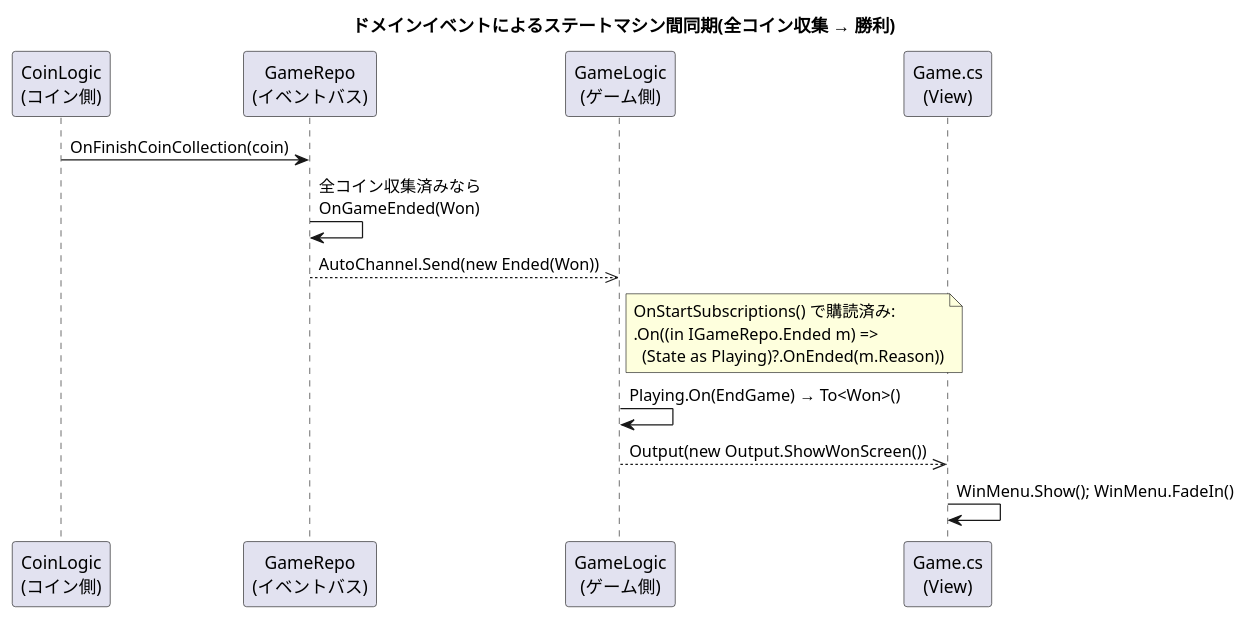
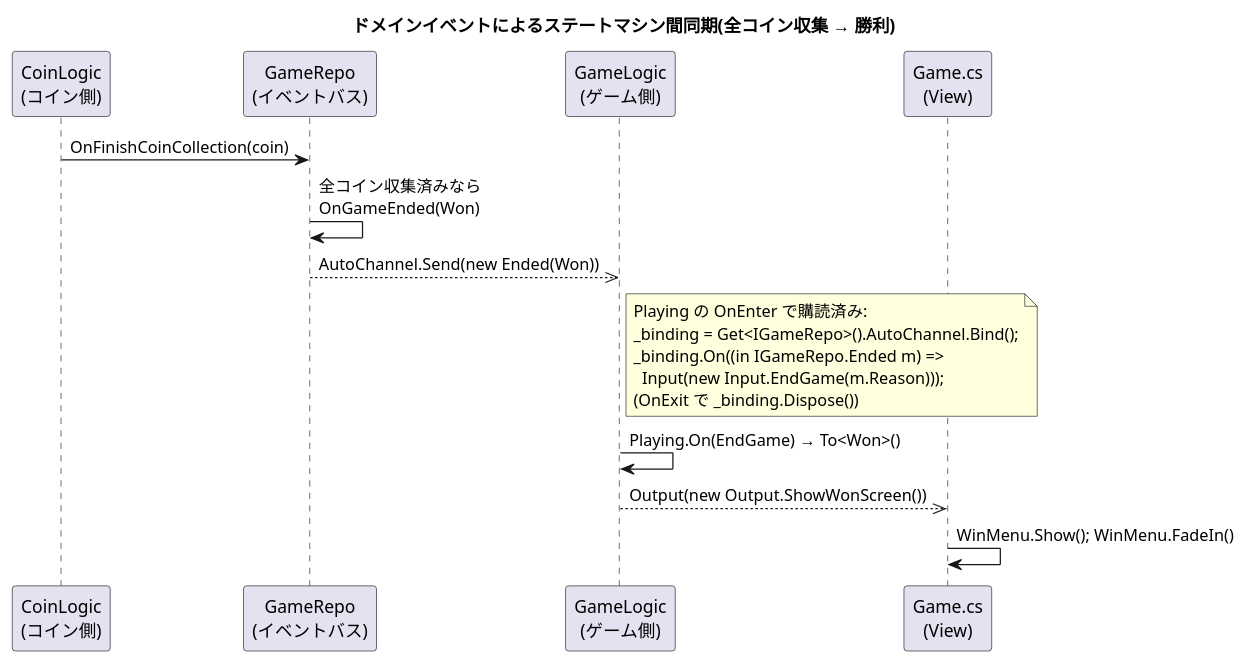
The third of 5 diagrams in docs/ARCHITECTURE_REFERENCE.md (Ygoat/EternalJourney), drawn with PlantUML before and after one commit. The commit also changed other lines of this file and 9 other files, not shown here.

````diff
--- a/docs/ARCHITECTURE_REFERENCE.md
+++ b/docs/ARCHITECTURE_REFERENCE.md
@@ -205,22 +186,24 @@
 ```plantuml
 @startuml
 title ドメインイベントによるステートマシン間同期(全コイン収集 → 勝利)
 
 participant CoinLogic as "CoinLogic\n(コイン側)"
 participant GameRepo as "GameRepo\n(イベントバス)"
 participant GameLogic as "GameLogic\n(ゲーム側)"
 participant GameView as "Game.cs\n(View)"
 
 CoinLogic -> GameRepo : OnFinishCoinCollection(coin)
 GameRepo -> GameRepo : 全コイン収集済みなら\nOnGameEnded(Won)
 GameRepo -->> GameLogic : AutoChannel.Send(new Ended(Won))
 note right of GameLogic
-  OnStartSubscriptions() で購読済み:
-  .On((in IGameRepo.Ended m) =>
-    (State as Playing)?.OnEnded(m.Reason))
+  Playing の OnEnter で購読済み:
+  _binding = Get<IGameRepo>().AutoChannel.Bind();
+  _binding.On((in IGameRepo.Ended m) =>
+    Input(new Input.EndGame(m.Reason)));
+  (OnExit で _binding.Dispose())
 end note
 GameLogic -> GameLogic : Playing.On(EndGame) → To<Won>()
 GameLogic -->> GameView : Output(new Output.ShowWonScreen())
 GameView -> GameView : WinMenu.Show(); WinMenu.FadeIn()
 @enduml
 ```
````
